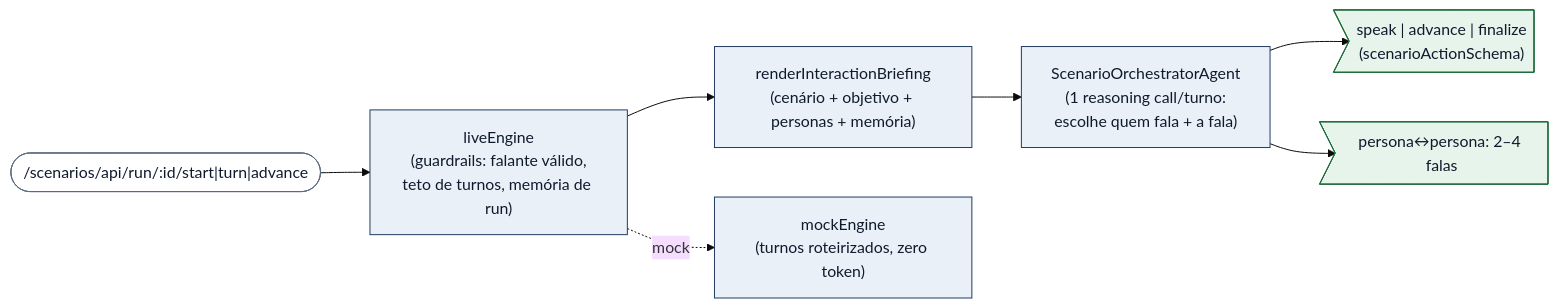
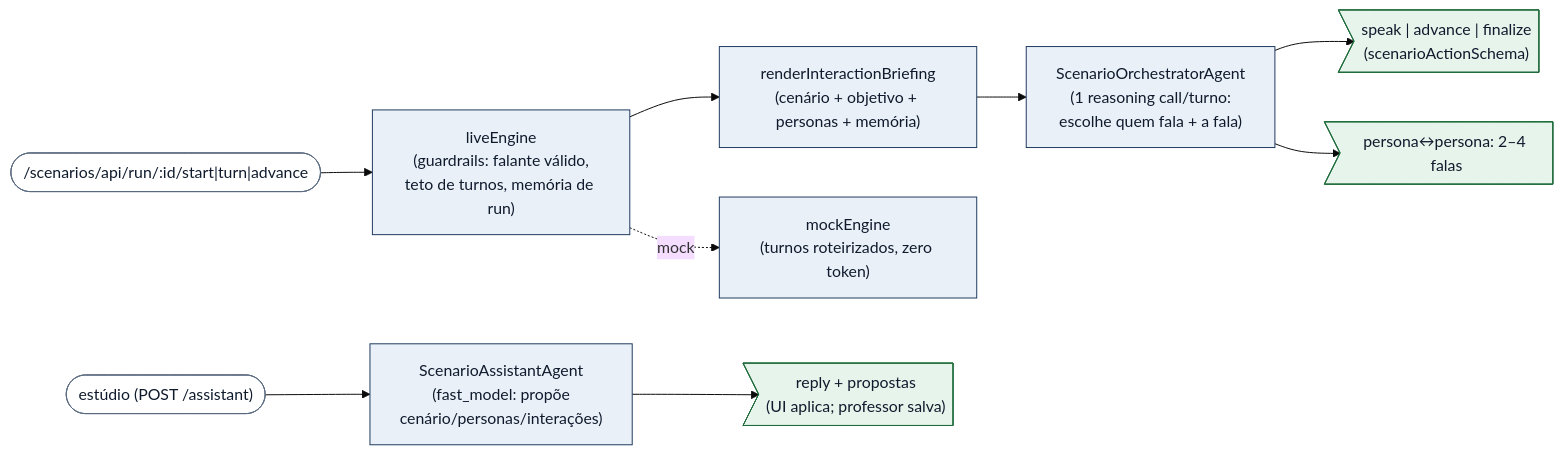
One commit to gladsjr/super-ta changed the third of 3 diagrams in docs/architecture.md. Above: the diagram before and after it, drawn with Mermaid (base theme). The commit also changed other lines of this file and 4 other files, not shown here.

First line of the commit message:
G6: assistente do professor no estúdio de cenários

````diff
--- a/docs/architecture.md
+++ b/docs/architecture.md
@@ -196,21 +196,24 @@
 ```mermaid
 flowchart LR
   RunStart(["/scenarios/api/run/:id/start|turn|advance"]) --> Live["liveEngine<br/>(guardrails: falante válido,<br/>teto de turnos, memória de run)"]
   Live --> Brief["renderInteractionBriefing<br/>(cenário + objetivo + personas + memória)"]
   Brief --> ScenOrq["ScenarioOrchestratorAgent<br/>(1 reasoning call/turno:<br/>escolhe quem fala + a fala)"]
   ScenOrq --> TurnOut>"speak | advance | finalize<br/>(scenarioActionSchema)"]
   ScenOrq --> ExchangeOut>"persona↔persona: 2–4 falas"]
   Live -. mock .-> Mock["mockEngine<br/>(turnos roteirizados, zero token)"]
+  Studio(["estúdio (POST /assistant)"]) --> Assist["ScenarioAssistantAgent<br/>(fast_model: propõe<br/>cenário/personas/interações)"]
+  Assist --> Proposals>"reply + propostas<br/>(UI aplica; professor salva)"]
 
   classDef agent fill:#eaf0f7,stroke:#1e3a5f,color:#0f1b2d;
   classDef out   fill:#e7f4eb,stroke:#1f6c3b,color:#0f1b2d;
   classDef entry fill:#ffffff,stroke:#5a6b80,color:#0f1b2d;
-  class Live,Brief,ScenOrq,Mock agent
-  class TurnOut,ExchangeOut out
-  class RunStart entry
+  class Live,Brief,ScenOrq,Mock,Assist agent
+  class TurnOut,ExchangeOut,Proposals out
+  class RunStart,Studio entry
 
   click ScenOrq "vscode://file/c:/Users/glads/src/super-ta/agents/ScenarioOrchestratorAgent.js:32" "turnSystemBody (turno) — exchangeSystemBody em :56"
   click Brief "vscode://file/c:/Users/glads/src/super-ta/lib/scenarios/agenda.js" "renderInteractionBriefing / renderPersonaAgenda"
   click TurnOut "vscode://file/c:/Users/glads/src/super-ta/lib/scenarios/scenarioActionSchema.js" "schema da ação do cenário"
   click Mock "vscode://file/c:/Users/glads/src/super-ta/lib/scenarios/mockEngine.js" "mockEngine (roteirizado)"
+  click Assist "vscode://file/c:/Users/glads/src/super-ta/agents/ScenarioAssistantAgent.js:26" "systemPromptBody do ScenarioAssistantAgent"
 ```
````
